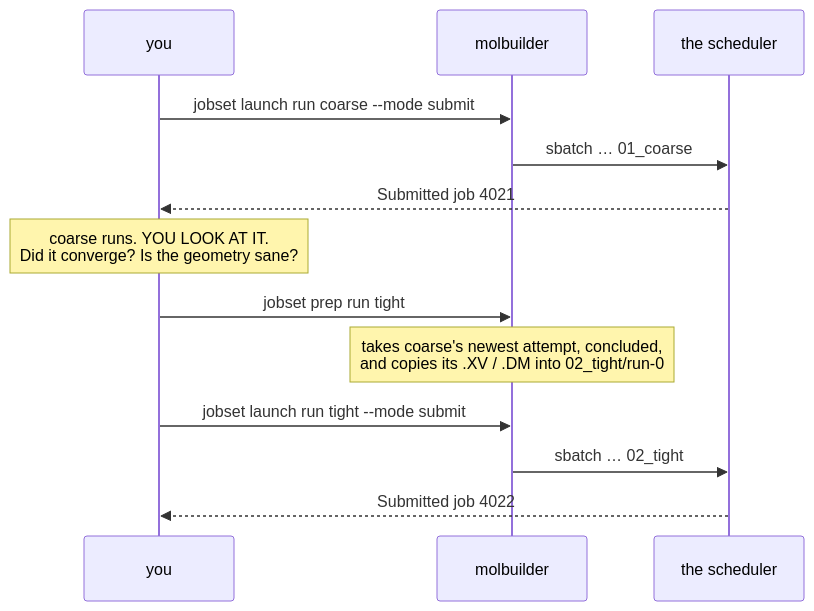
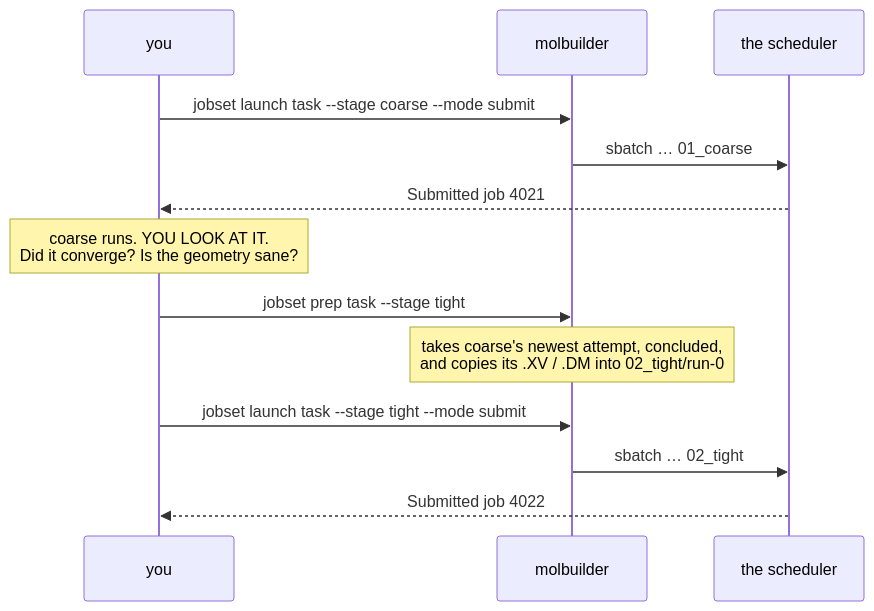
The eighth of 10 diagrams in docs/execution/job-system.md (Qing-LAB/molbuilder), drawn with Mermaid before and after one commit. The commit also changed other lines of this file and 30 other files, not shown here.

````diff
--- a/docs/execution/job-system.md
+++ b/docs/execution/job-system.md
@@ -1707,15 +1715,15 @@
 ```mermaid
 sequenceDiagram
     participant U as you
     participant M as molbuilder
     participant S as the scheduler
-    U->>M: jobset launch run coarse --mode submit
+    U->>M: jobset launch task --stage coarse --mode submit
     M->>S: sbatch … 01_coarse
     S-->>U: Submitted job 4021
     Note over U: coarse runs. YOU LOOK AT IT.<br/>Did it converge? Is the geometry sane?
-    U->>M: jobset prep run tight
+    U->>M: jobset prep task --stage tight
     Note over M: takes coarse's newest attempt, concluded,<br/>and copies its .XV / .DM into 02_tight/run-0
-    U->>M: jobset launch run tight --mode submit
+    U->>M: jobset launch task --stage tight --mode submit
     M->>S: sbatch … 02_tight
     S-->>U: Submitted job 4022
 ```
````
